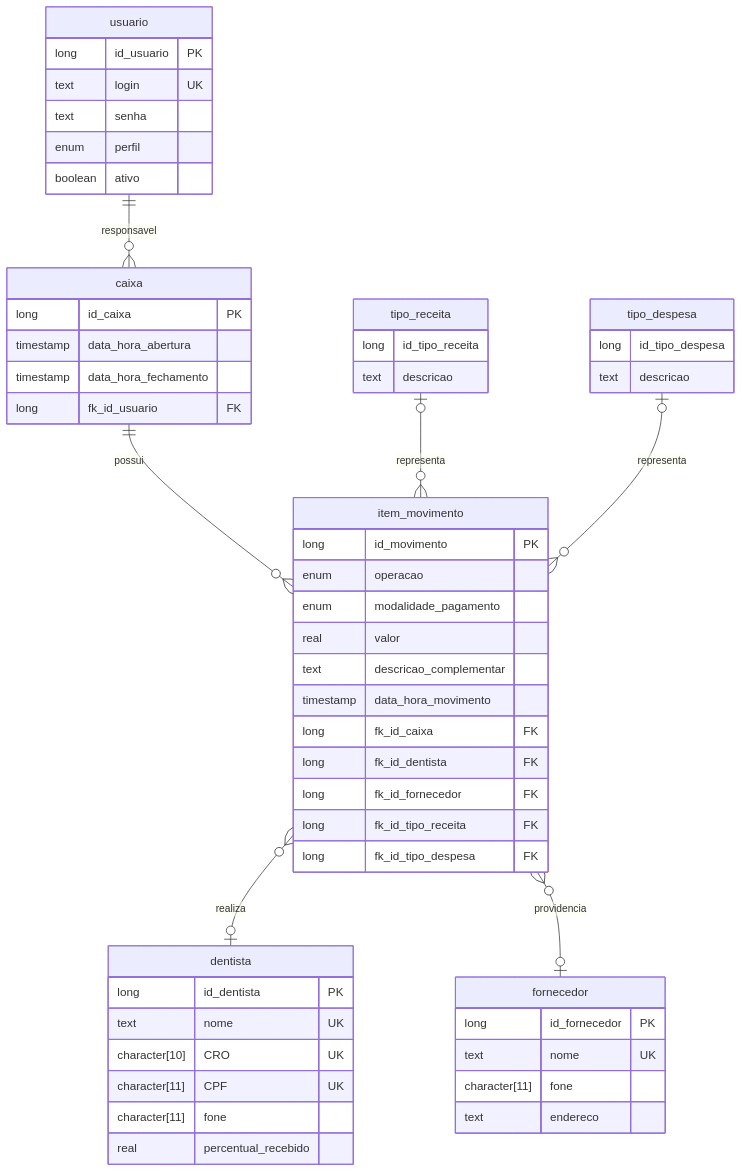
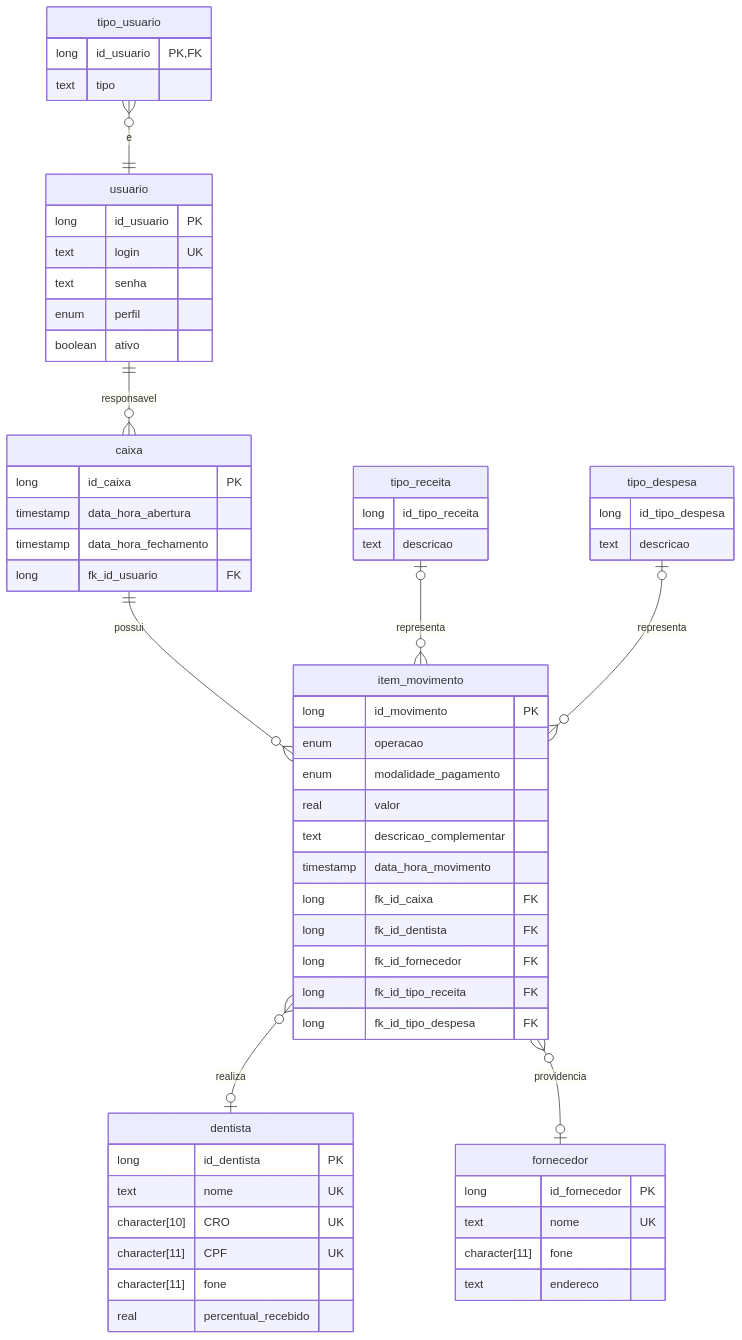
One commit to gabrielpandrade/SISO changed the diagram in docs/modelagem/diagramas/er.md. Above: the diagram before and after it, drawn with Mermaid.

Commit message:
update: er.md

````diff
--- a/docs/modelagem/diagramas/er.md
+++ b/docs/modelagem/diagramas/er.md
@@ -5,69 +5,75 @@
 ```mermaid
 erDiagram
     
     %% Relacionamentos
-    
+
+    tipo_usuario }o--|| usuario : e
     usuario ||--o{ caixa : responsavel
     caixa ||--o{ item_movimento : possui
     item_movimento }o--o| dentista : realiza
     item_movimento }o--o| fornecedor : providencia
     tipo_receita |o--o{ item_movimento : representa
     tipo_despesa |o--o{ item_movimento : representa
 
     %% Atributos
+
+    tipo_usuario {
+        long id_usuario PK, FK
+        text tipo
+    }
 
     usuario {
         long id_usuario PK
         text login UK
         text senha 
         enum perfil
         boolean ativo
     }
 
     caixa {
         long id_caixa PK
         timestamp data_hora_abertura
         timestamp data_hora_fechamento
         long fk_id_usuario FK
     }
 
     item_movimento {
         long id_movimento PK
         enum operacao
         enum modalidade_pagamento
         real valor
         text descricao_complementar
         timestamp data_hora_movimento
         long fk_id_caixa FK
         long fk_id_dentista FK
         long fk_id_fornecedor FK
         long fk_id_tipo_receita FK
         long fk_id_tipo_despesa FK
     }
 
     dentista {
         long id_dentista PK
         text nome UK
         character[10] CRO UK
         character[11] CPF UK
         character[11] fone
         real percentual_recebido
     }
 
     fornecedor {
         long id_fornecedor PK
         text nome UK
         character[11] fone
         text endereco
     }
 
     tipo_receita {
         long id_tipo_receita
         text descricao
     }
 
     tipo_despesa {
         long id_tipo_despesa
         text descricao
     }
 ```
````
